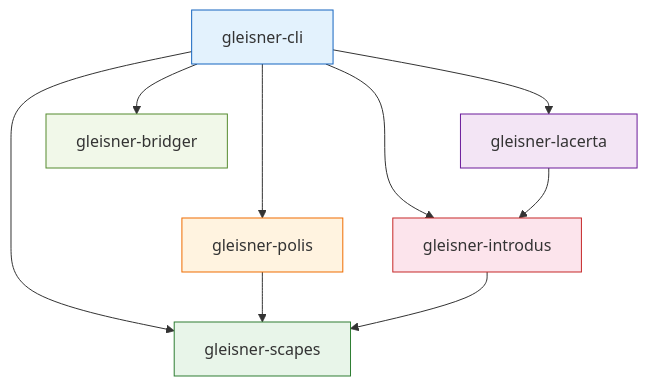
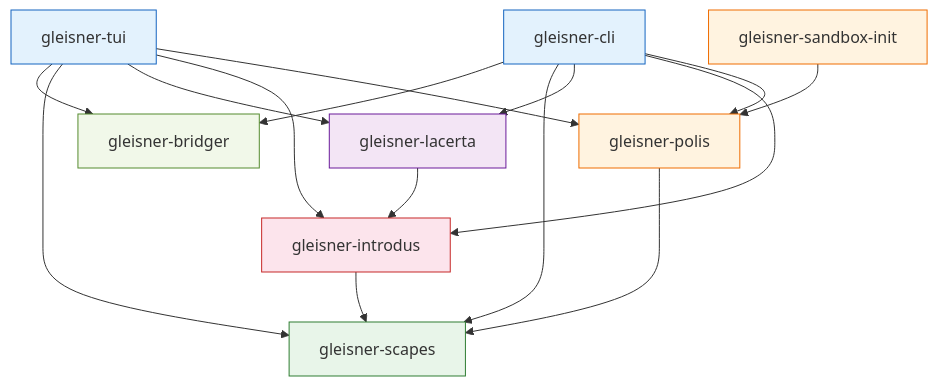
Before and after one commit to lexicone42/gleisner: the first of 6 diagrams in docs/ARCHITECTURE.md, drawn with Mermaid. The commit also changed other lines of this file and 3 other files, not shown here.

Commit message:
Update docs: expanded architecture, revised README, corrected security/threat model

````diff
--- a/docs/ARCHITECTURE.md
+++ b/docs/ARCHITECTURE.md
@@ -63,26 +65,38 @@
 ```mermaid
 graph TD
     CLI[gleisner-cli]
+    TUI[gleisner-tui]
     POLIS[gleisner-polis]
+    SINIT[gleisner-sandbox-init]
     INTRODUS[gleisner-introdus]
     LACERTA[gleisner-lacerta]
     SCAPES[gleisner-scapes]
     BRIDGER[gleisner-bridger]
 
     CLI --> POLIS
     CLI --> INTRODUS
     CLI --> LACERTA
     CLI --> SCAPES
     CLI --> BRIDGER
 
+    TUI --> POLIS
+    TUI --> INTRODUS
+    TUI --> LACERTA
+    TUI --> SCAPES
+    TUI --> BRIDGER
+
+    SINIT --> POLIS
+
     POLIS --> SCAPES
     INTRODUS --> SCAPES
     LACERTA --> INTRODUS
 
     style SCAPES fill:#e8f5e9,stroke:#2e7d32
     style CLI fill:#e3f2fd,stroke:#1565c0
+    style TUI fill:#e3f2fd,stroke:#1565c0
     style POLIS fill:#fff3e0,stroke:#ef6c00
+    style SINIT fill:#fff3e0,stroke:#ef6c00
     style INTRODUS fill:#fce4ec,stroke:#c62828
     style LACERTA fill:#f3e5f5,stroke:#6a1b9a
     style BRIDGER fill:#f1f8e9,stroke:#558b2f
 ```
````
